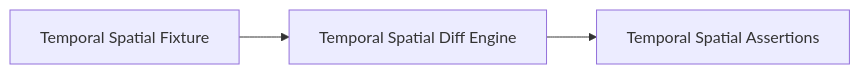
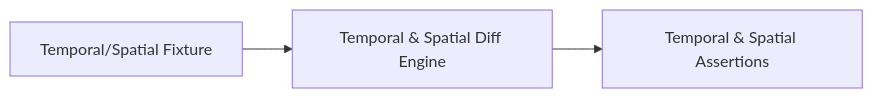
Before and after one commit to bartytime4life/Kansas-Frontier-Matrix: the fifth of 8 diagrams in web/src/entities/diff-first/tests/README.md, drawn with Mermaid. The commit also changed other lines of this file, not shown here.

````diff
--- a/web/src/entities/diff-first/tests/README.md
+++ b/web/src/entities/diff-first/tests/README.md
@@ -171,5 +247,5 @@
-```mermaid
+~~~mermaid
 flowchart LR
-    TP[Temporal Spatial Fixture] --> TSENG[Temporal Spatial Diff Engine]
-    TSENG --> TSASSERT[Temporal Spatial Assertions]
-```
+    TP[Temporal/Spatial Fixture] --> TSENG[Temporal & Spatial Diff Engine]
+    TSENG --> TSASSERT[Temporal & Spatial Assertions]
+~~~
````
